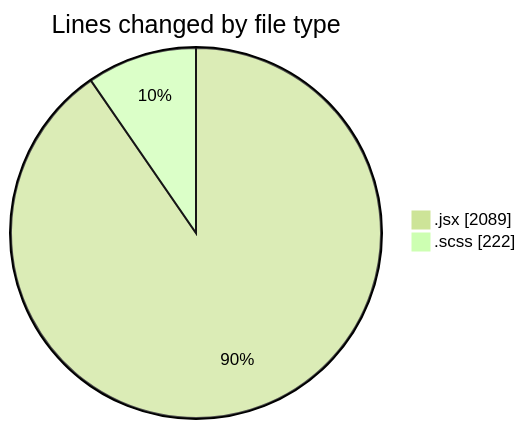
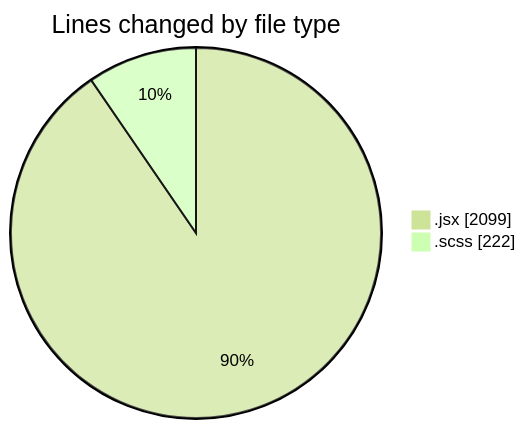
Before and after one commit to momahboobian/code-tracking: the first of 2 diagrams in 2026-09-02/cda/README.md, drawn with Mermaid (forest theme). The commit also changed other lines of this file and 1 other file, not shown here.

````diff
--- a/2026-09-02/cda/README.md
+++ b/2026-09-02/cda/README.md
@@ -27,6 +27,6 @@
 ```mermaid
 pie showData
 title Lines changed by file type
-".jsx" : 2089
+".jsx" : 2099
 ".scss" : 222
 ```
````
